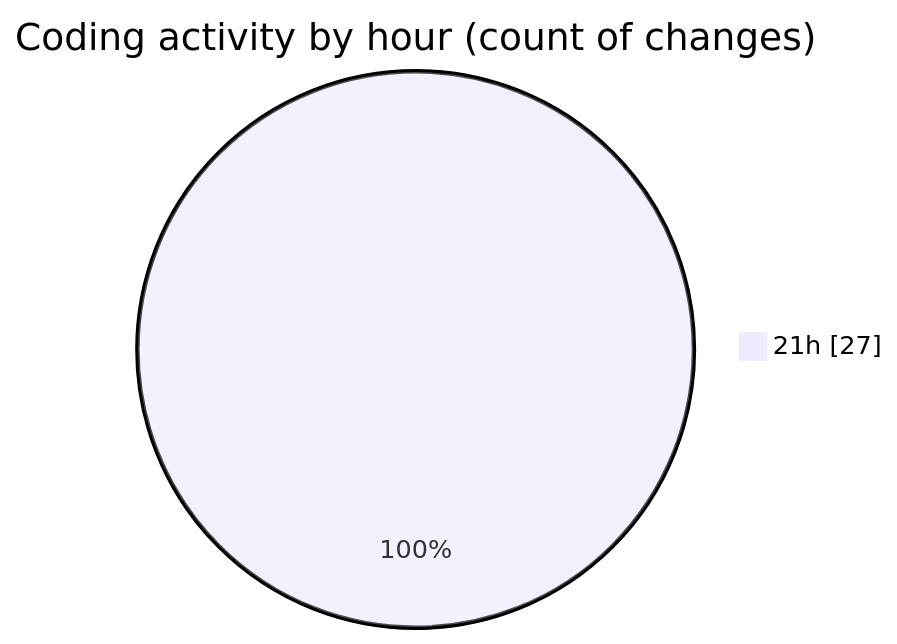
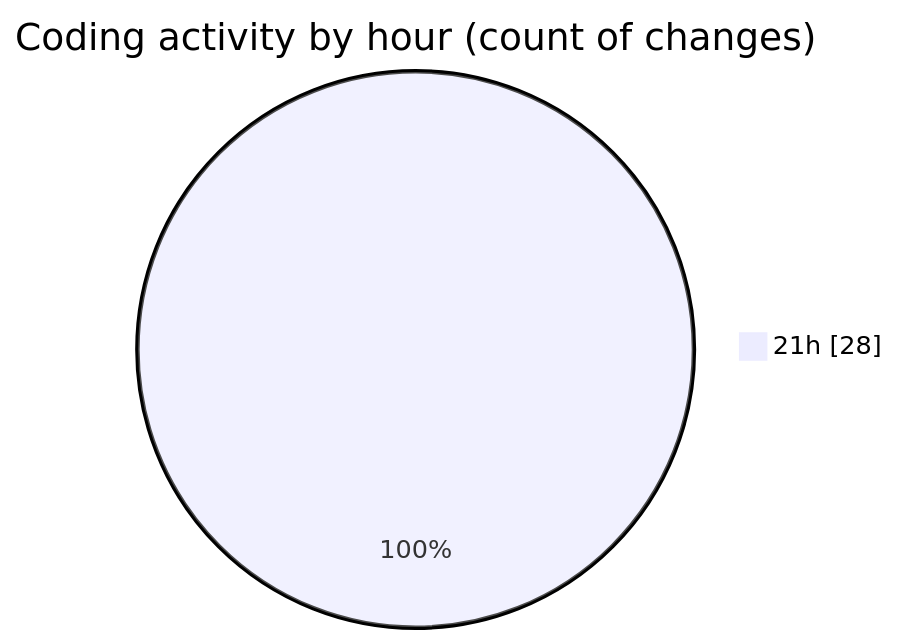
Before and after one commit to Ritupan-Deka/code-tracking: the second of 2 diagrams in 2026-01-02/dsa/README.md, drawn with Mermaid. The commit also changed other lines of this file and 1 other file, not shown here.

````diff
--- a/2026-01-02/dsa/README.md
+++ b/2026-01-02/dsa/README.md
@@ -31,5 +31,5 @@
 ```mermaid
 pie showData
 title Coding activity by hour (count of changes)
-"21h" : 27
+"21h" : 28
 ```
````
